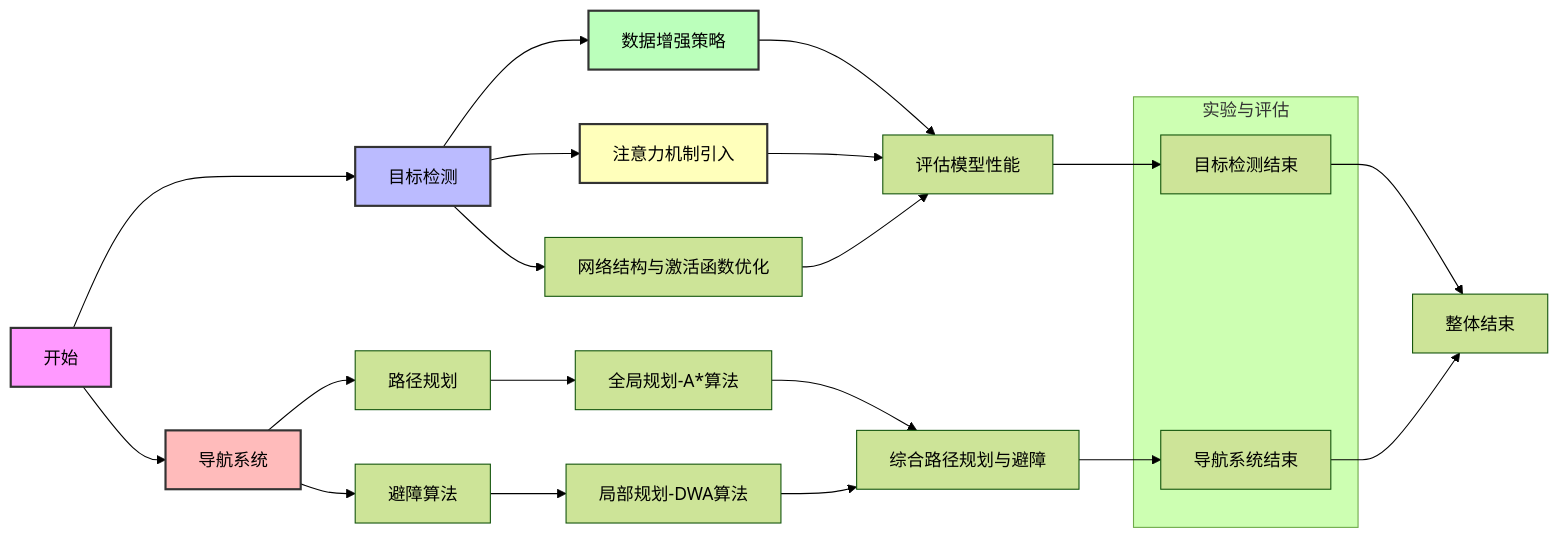
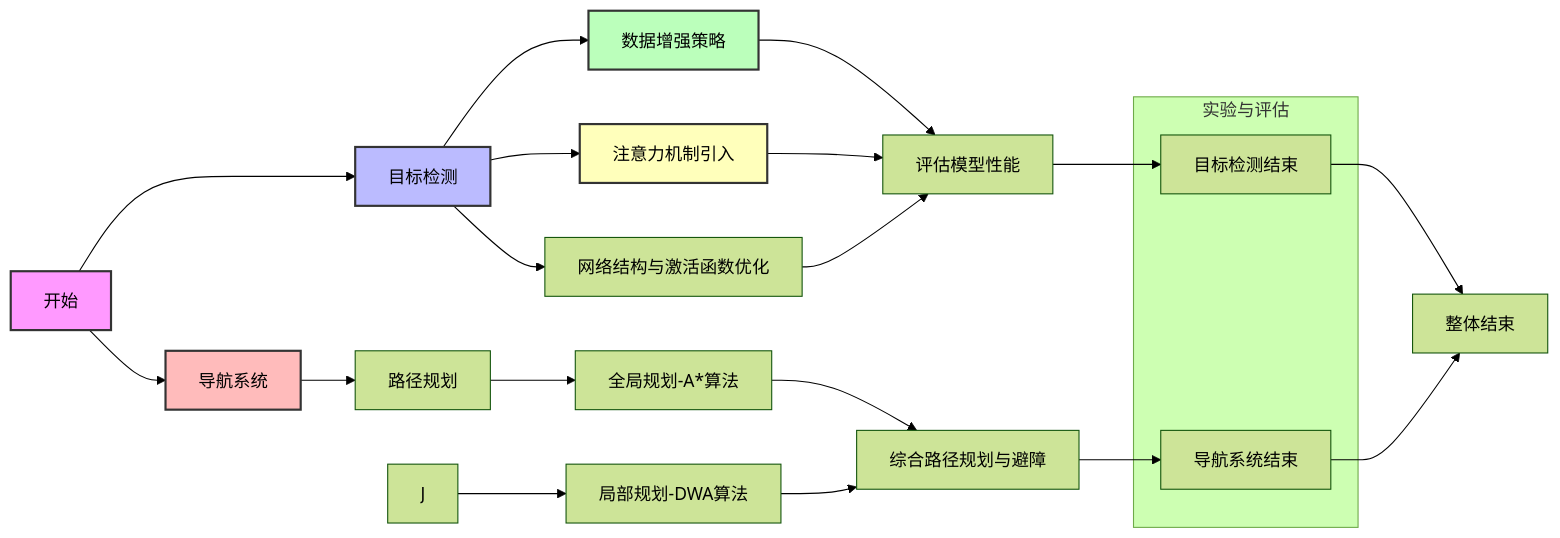
One commit to 1831380633/iodraw-files changed the diagram in all/未命名-1.md. Above: the diagram before and after it, drawn with Mermaid (forest theme).

Commit message:
2024-12-18 14:57:35 update

````diff
--- a/all/未命名-1.md
+++ b/all/未命名-1.md
@@ -1,36 +1,36 @@
 ```mermaid
 graph LR
     style A fill:#f9f,stroke:#333,stroke-width:2px
     style B fill:#bbf,stroke:#333,stroke-width:2px
     style C fill:#fbb,stroke:#333,stroke-width:2px
     style D fill:#bfb,stroke:#333,stroke-width:2px
     style E fill:#ffb,stroke:#333,stroke-width:2px
 
     A[开始] --> B[目标检测]
     A --> C[导航系统]
     
     B --> D[数据增强策略]
     B --> E[注意力机制引入]
     B --> F[网络结构与激活函数优化]
     D --> G[评估模型性能]
     E --> G
     F --> G
     G --> H[目标检测结束]
     
     C --> I[路径规划]
-    C --> J[避障算法]
+
     I --> K[全局规划-A*算法]
     J --> L[局部规划-DWA算法]
     K --> M[综合路径规划与避障]
     L --> M
     M --> N[导航系统结束]
     
     H --> O[整体结束]
     N --> O
 
     subgraph 实验与评估
         H
         N
     end
 
 ```
````
